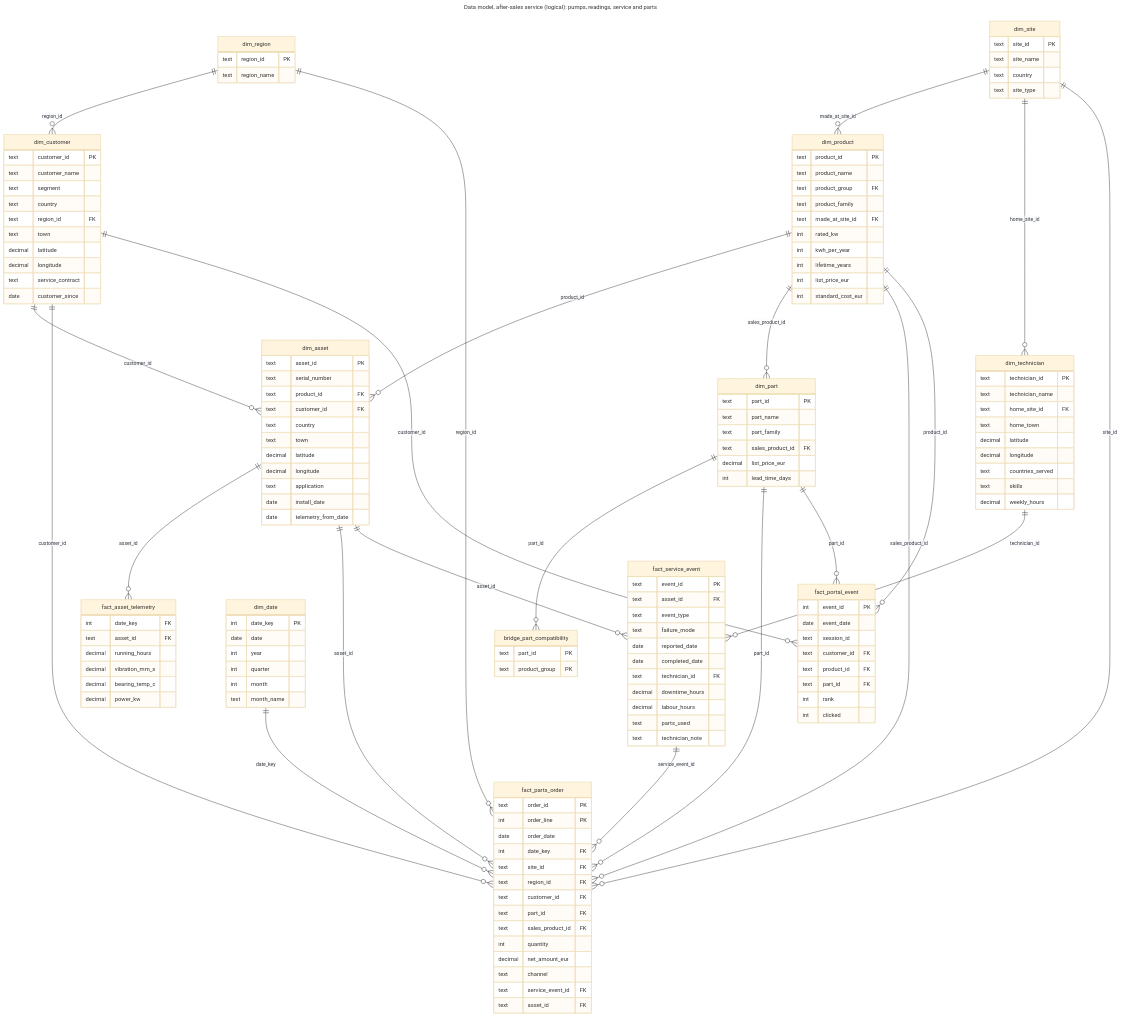
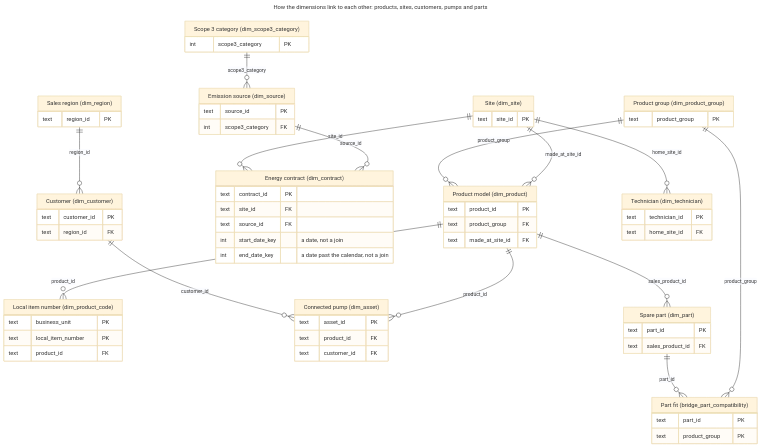
Diagram 19 of 19 in docs/data-model.md (voneeci/fjordvik), drawn with Mermaid (base theme) before and after one commit. The commit also changed other lines of this file and 5 other files, not shown here.

First line of the commit message:
docs: concepts and methods, plant data flow, business names on drawings

````diff
--- a/docs/data-model.md
+++ b/docs/data-model.md
@@ -347,152 +934,75 @@
 ```mermaid
 ---
-title: "Data model, after-sales service (logical): pumps, readings, service and parts"
+title: "How the dimensions link to each other: products, sites, customers, pumps and parts"
 ---
 erDiagram
-    dim_part ||--o{ bridge_part_compatibility : "part_id"
+    accTitle: Links between the Fjordvik dimension tables
+    accDescr: Dimensions that point to other dimensions: sources to scope 3 categories; products to product groups and the site that makes them; local item numbers to products; energy contracts to sites and sources; customers to regions; pumps to customers and products; parts to the product they are sold as; the parts bridge to parts and product groups; technicians to their home site. Contract start and end dates are plain dates, not joins.
+    dim_scope3_category ||--o{ dim_source : "scope3_category"
+    dim_product_group ||--o{ dim_product : "product_group"
+    dim_site ||--o{ dim_product : "made_at_site_id"
+    dim_product ||--o{ dim_product_code : "product_id"
+    dim_site ||--o{ dim_contract : "site_id"
+    dim_source ||--o{ dim_contract : "source_id"
+    dim_region ||--o{ dim_customer : "region_id"
     dim_customer ||--o{ dim_asset : "customer_id"
     dim_product ||--o{ dim_asset : "product_id"
-    dim_region ||--o{ dim_customer : "region_id"
     dim_product ||--o{ dim_part : "sales_product_id"
-    dim_site ||--o{ dim_product : "made_at_site_id"
+    dim_part ||--o{ bridge_part_compatibility : "part_id"
+    dim_product_group ||--o{ bridge_part_compatibility : "product_group"
     dim_site ||--o{ dim_technician : "home_site_id"
-    dim_asset ||--o{ fact_asset_telemetry : "asset_id"
-    dim_asset ||--o{ fact_parts_order : "asset_id"
-    dim_customer ||--o{ fact_parts_order : "customer_id"
-    dim_date ||--o{ fact_parts_order : "date_key"
-    dim_part ||--o{ fact_parts_order : "part_id"
-    dim_region ||--o{ fact_parts_order : "region_id"
-    dim_product ||--o{ fact_parts_order : "sales_product_id"
-    fact_service_event ||--o{ fact_parts_order : "service_event_id"
-    dim_site ||--o{ fact_parts_order : "site_id"
-    dim_customer ||--o{ fact_portal_event : "customer_id"
-    dim_part ||--o{ fact_portal_event : "part_id"
-    dim_product ||--o{ fact_portal_event : "product_id"
-    dim_asset ||--o{ fact_service_event : "asset_id"
-    dim_technician ||--o{ fact_service_event : "technician_id"
-    dim_date {
-        int date_key PK
-        date date
-        int year
-        int quarter
-        int month
-        text month_name
+    dim_source["Emission source (dim_source)"] {
+        text source_id PK
+        int scope3_category FK
     }
-    dim_site {
+    dim_scope3_category["Scope 3 category (dim_scope3_category)"] {
+        int scope3_category PK
+    }
+    dim_product["Product model (dim_product)"] {
+        text product_id PK
+        text product_group FK
+        text made_at_site_id FK
+    }
+    dim_product_group["Product group (dim_product_group)"] {
+        text product_group PK
+    }
+    dim_site["Site (dim_site)"] {
         text site_id PK
-        text site_name
-        text country
-        text site_type
     }
-    dim_region {
+    dim_product_code["Local item number (dim_product_code)"] {
+        text business_unit PK
+        text local_item_number PK
+        text product_id FK
+    }
+    dim_contract["Energy contract (dim_contract)"] {
+        text contract_id PK
+        text site_id FK
+        text source_id FK
+        int start_date_key "a date, not a join"
+        int end_date_key "a date past the calendar, not a join"
+    }
+    dim_customer["Customer (dim_customer)"] {
+        text customer_id PK
+        text region_id FK
+    }
+    dim_region["Sales region (dim_region)"] {
         text region_id PK
-        text region_name
     }
-    dim_product {
-        text product_id PK
-        text product_name
-        text product_group FK
-        text product_family
-        text made_at_site_id FK
-        int rated_kw
-        int kwh_per_year
-        int lifetime_years
-        int list_price_eur
-        int standard_cost_eur
-    }
-    dim_customer {
-        text customer_id PK
-        text customer_name
-        text segment
-        text country
-        text region_id FK
-        text town
-        decimal latitude
-        decimal longitude
-        text service_contract
-        date customer_since
-    }
-    dim_asset {
+    dim_asset["Connected pump (dim_asset)"] {
         text asset_id PK
-        text serial_number
         text product_id FK
         text customer_id FK
-        text country
-        text town
-        decimal latitude
-        decimal longitude
-        text application
-        date install_date
-        date telemetry_from_date
     }
-    dim_part {
+    dim_part["Spare part (dim_part)"] {
         text part_id PK
-        text part_name
-        text part_family
         text sales_product_id FK
-        decimal list_price_eur
-        int lead_time_days
     }
-    bridge_part_compatibility {
+    bridge_part_compatibility["Part fit (bridge_part_compatibility)"] {
         text part_id PK
         text product_group PK
     }
-    dim_technician {
+    dim_technician["Technician (dim_technician)"] {
         text technician_id PK
-        text technician_name
         text home_site_id FK
-        text home_town
-        decimal latitude
-        decimal longitude
-        text countries_served
-        text skills
-        decimal weekly_hours
-    }
-    fact_asset_telemetry {
-        int date_key FK
-        text asset_id FK
-        decimal running_hours
-        decimal vibration_mm_s
-        decimal bearing_temp_c
-        decimal power_kw
-    }
-    fact_service_event {
-        text event_id PK
-        text asset_id FK
-        text event_type
-        text failure_mode
-        date reported_date
-        date completed_date
-        text technician_id FK
-        decimal downtime_hours
-        decimal labour_hours
-        text parts_used
-        text technician_note
-    }
-    fact_parts_order {
-        text order_id PK
-        int order_line PK
-        date order_date
-        int date_key FK
-        text site_id FK
-        text region_id FK
-        text customer_id FK
-        text part_id FK
-        text sales_product_id FK
-        int quantity
-        decimal net_amount_eur
-        text channel
-        text service_event_id FK
-        text asset_id FK
-    }
-    fact_portal_event {
-        int event_id PK
-        date event_date
-        text session_id
-        text customer_id FK
-        text product_id FK
-        text part_id FK
-        int rank
-        int clicked
     }
 ```
````
